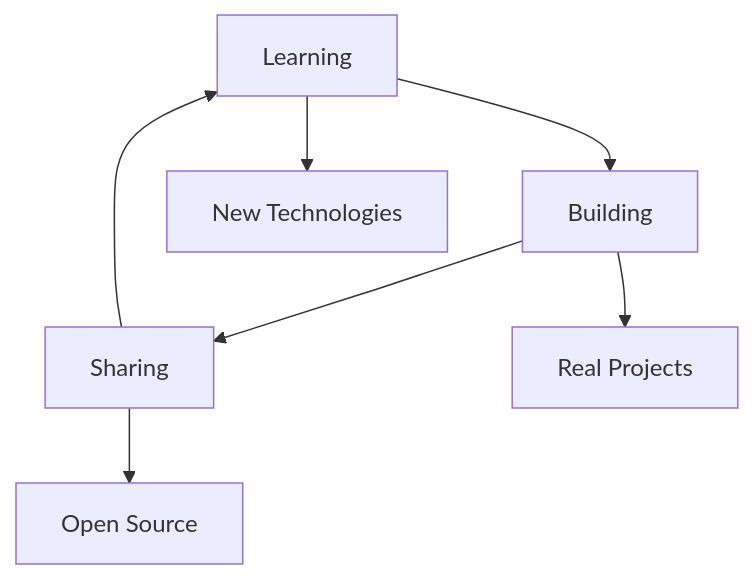
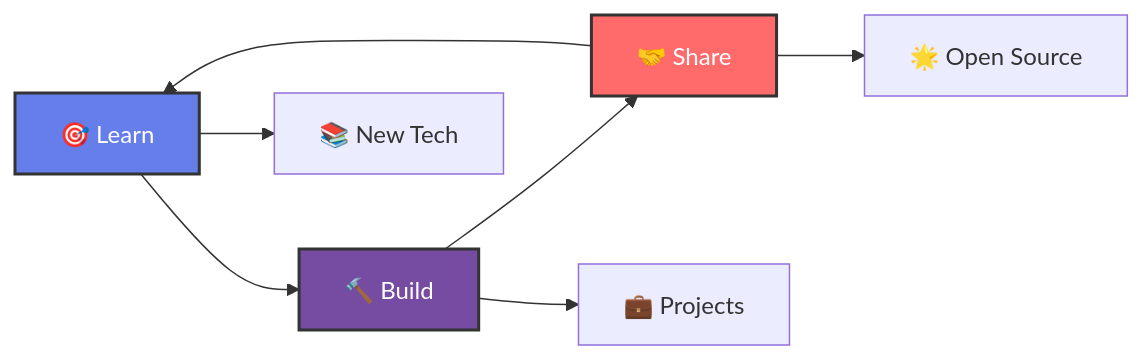
One commit to bimoraa/bimoraa changed the diagram in README.md. Above: the diagram before and after it, drawn with Mermaid. The commit also changed other lines of this file, not shown here.

````diff
--- a/README.md
+++ b/README.md
@@ -103,10 +132,14 @@
 ```mermaid
-graph TD
-    A[Learning] --> B[Building]
-    B --> C[Sharing]
+graph LR
+    A[🎯 Learn] --> B[🔨 Build]
+    B --> C[🤝 Share]
     C --> A
     
-    A --> D[New Technologies]
-    B --> E[Real Projects]
-    C --> F[Open Source]
+    A --> D[📚 New Tech]
+    B --> E[💼 Projects]
+    C --> F[🌟 Open Source]
+    
+    style A fill:#667eea,stroke:#333,stroke-width:2px,color:#fff
+    style B fill:#764ba2,stroke:#333,stroke-width:2px,color:#fff
+    style C fill:#ff6b6b,stroke:#333,stroke-width:2px,color:#fff
 ```
````
